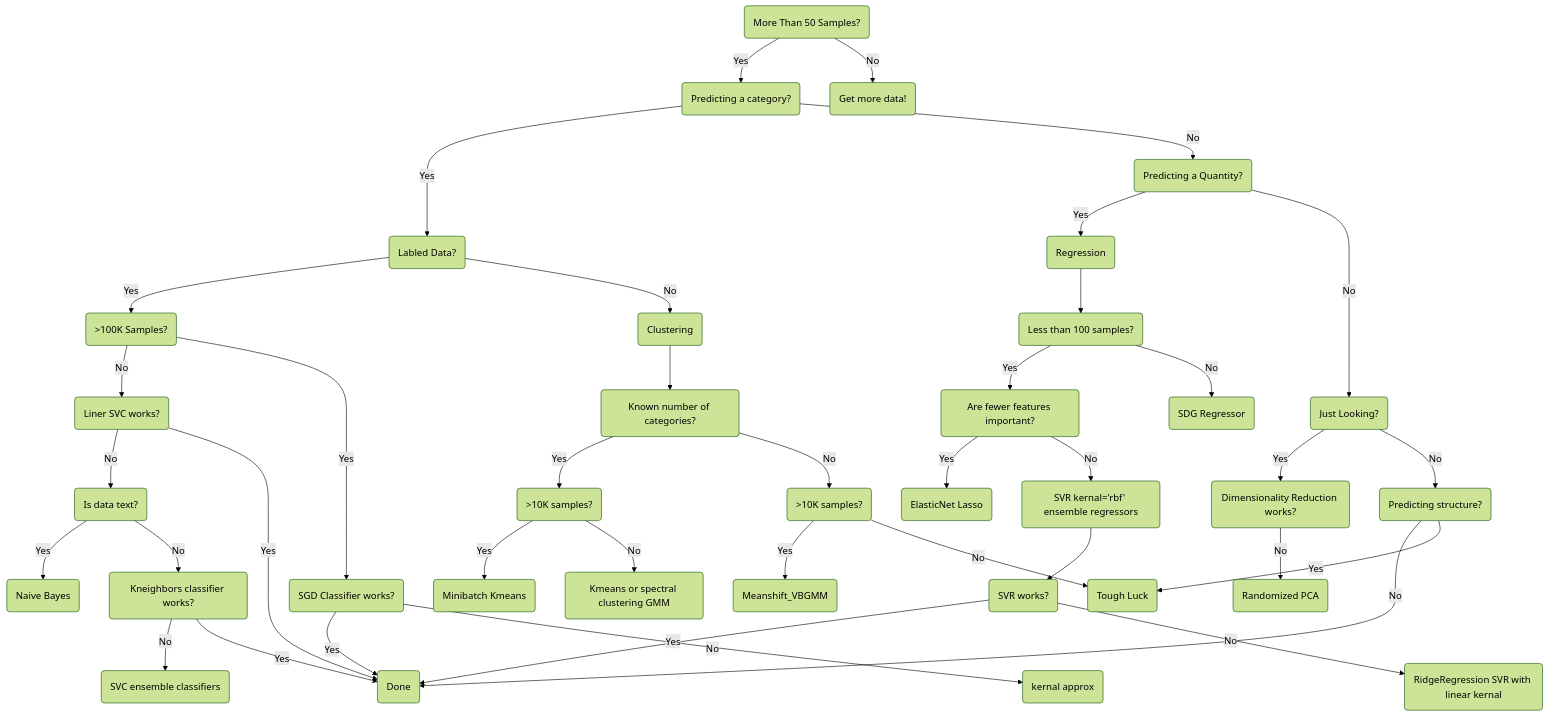
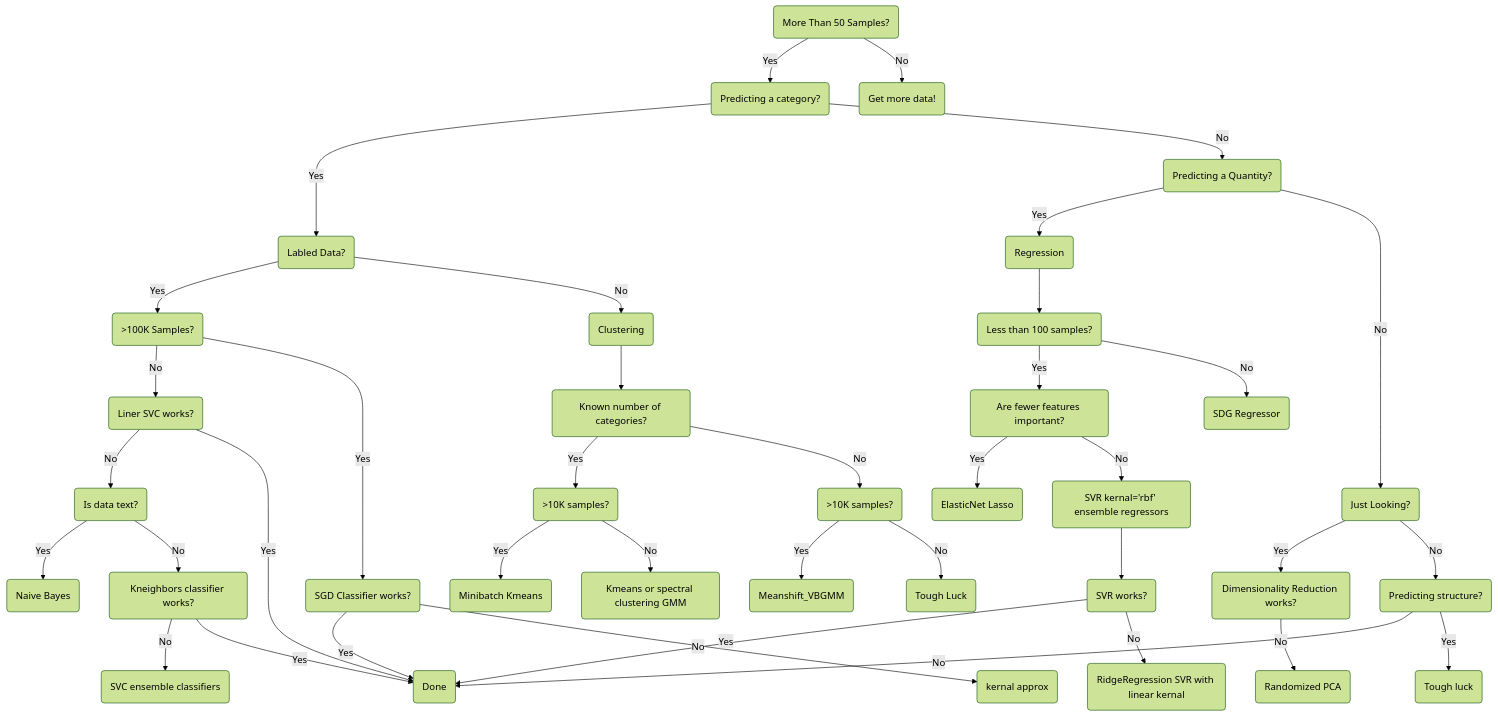
One commit to hwetsman/Public_Notes changed the diagram in ML_Cheatsheet.md. Above: the diagram before and after it, drawn with Mermaid (forest theme).

````diff
--- a/ML_Cheatsheet.md
+++ b/ML_Cheatsheet.md
@@ -1,76 +1,77 @@
 ```mermaid
 flowchart TD
 id1(More Than 50 Samples?)
   id2(Predicting a category?)
     id1-->|Yes|id2
     id4(Labled Data?)
       id2-->|Yes|id4
       id6(>100K Samples?)
         id4-->|Yes|id6
         id14(Clustering)
         id15(Known number of categories?)
           id16(>10K samples?)
           id17(>10K samples?)
           id15-->|Yes|id16
             id20(Meanshift_VBGMM)
             id98(Tough Luck)
             id17-->|Yes|id20
             id17-->|No|id98
           id15-->|No|id17
             id18(Minibatch Kmeans)
             id19(Kmeans or spectral clustering GMM)
             id16-->|Yes|id18
             id16-->|No|id19
         id14-->id15
         id4-->|No|id14
         id7(Liner SVC works?)
         id6-->|No|id7
         id8(SGD Classifier works?)
           id8-->|Yes|id99
           id13(kernal approx)
           id8-->|No|id13
         id6-->|Yes|id8
           id9(Is data text?)
           id7-->|No|id9
             id10(Naive Bayes)
             id9-->|Yes|id10
             id11(Kneighbors classifier works?)
             id9-->|No|id11
               id12(SVC ensemble classifiers)
               id11-->|No|id12
               id99(Done)
                 id7-->|Yes|id99
               id11-->|Yes|id99
     id5(Predicting a Quantity?)
       id2-->|No|id5
       id30(Regression)
         id32(Less than 100 samples?)
           id33(Are fewer features important?)
             id32-->|Yes|id33
             id34(ElasticNet Lasso)
               id33-->|Yes|id34
             id35(SVR kernal='rbf' ensemble regressors)
               id33-->|No|id35
             id36(SVR works?)
               id35-->id36
             id37(RidgeRegression SVR with linear kernal)
               id36-->|Yes|id99
               id36-->|No|id37
         id38(SDG Regressor)
           id32-->|No|id38
       id31(Just Looking?)
         id5-->|Yes|id30
         id30-->id32
         id5-->|No|id31
         id40(Dimensionality Reduction works?)
           id31-->|Yes|id40
         id41(Randomized PCA)
           id40-->|No|id41
         id42(Predicting structure?)
         id31-->|No|id42
           id42-->|No|id99
-          id42-->|Yes|id98
+          id97(Tough luck)
+          id42-->|Yes|id97
 
   id3(Get more data!)
     id1-->|No|id3
 ```
````
